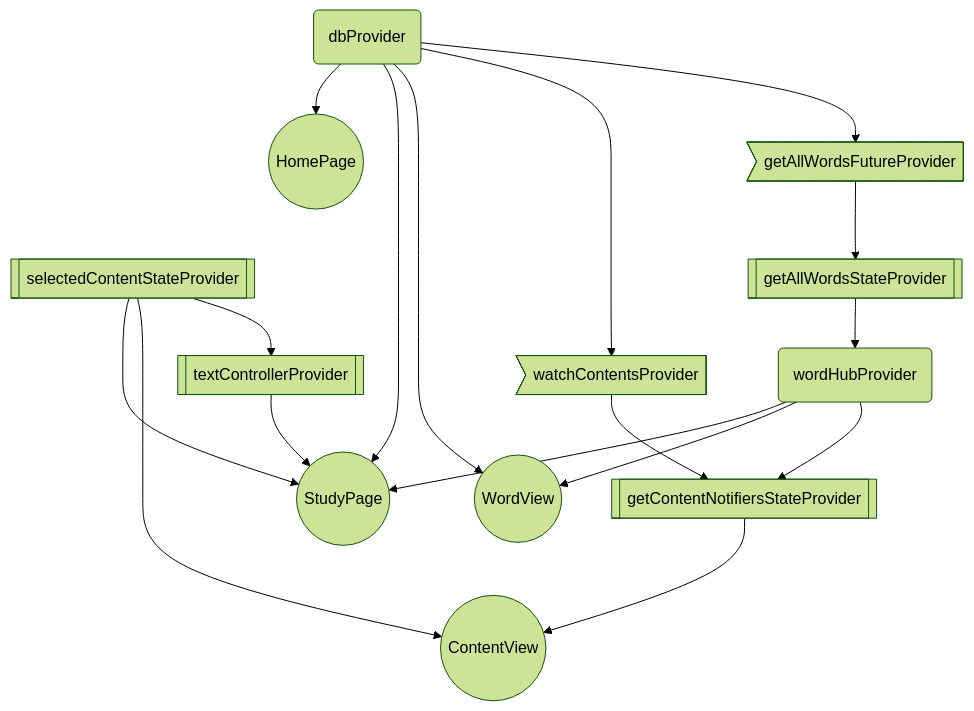
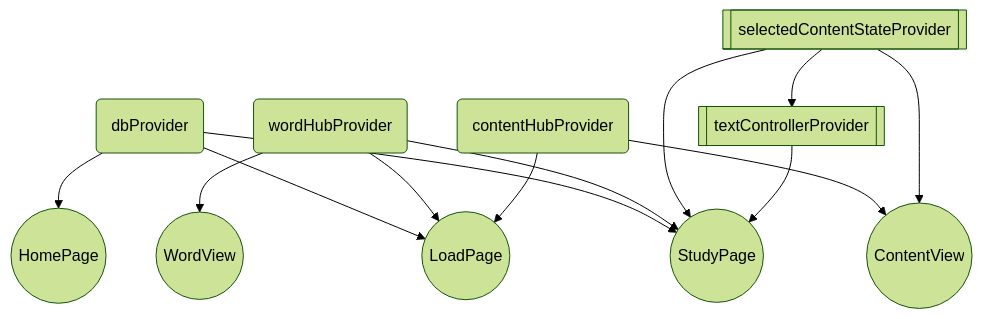
Before and after one commit to hpn33/landlearn: the diagram in riverpod_diagram.md, drawn with Mermaid (forest theme). The commit also changed 11 other files, not shown here.

````diff
--- a/riverpod_diagram.md
+++ b/riverpod_diagram.md
@@ -2,37 +2,30 @@
 ```mermaid
 graph TD;
 
 
-10(dbProvider) --> 2((HomePage)) ;
+
+9(dbProvider) --> 3((HomePage)) ;
+
+9(dbProvider) --> 4((StudyPage)) ;
+10(wordHubProvider) --> 4((StudyPage)) ;
+12[[selectedContentStateProvider]] --> 4((StudyPage)) ;
+13[[textControllerProvider]] --> 4((StudyPage)) ;
 
 
-9(wordHubProvider) --> 4((StudyPage)) ;
-10(dbProvider) --> 4((StudyPage)) ;
-11[[selectedContentStateProvider]] --> 4((StudyPage)) ;
-12[[textControllerProvider]] --> 4((StudyPage)) ;
+9(dbProvider) --> 6((LoadPage)) ;
+10(wordHubProvider) --> 6((LoadPage)) ;
+11(contentHubProvider) --> 6((LoadPage)) ;
+
+10(wordHubProvider) --> 7((WordView)) ;
+
+11(contentHubProvider) --> 8((ContentView)) ;
+12[[selectedContentStateProvider]] --> 8((ContentView)) ;
 
 
 
-9(wordHubProvider) --> 7((WordView)) ;
-10(dbProvider) --> 7((WordView)) ;
-
-11[[selectedContentStateProvider]] --> 8((ContentView)) ;
-14[[getContentNotifiersStateProvider]] --> 8((ContentView)) ;
-
-16[[getAllWordsStateProvider]] --> 9(wordHubProvider) ;
 
 
-
-11[[selectedContentStateProvider]] --> 12[[textControllerProvider]] ;
-
-10(dbProvider) --> 13>watchContentsProvider] ;
-
-9(wordHubProvider) --> 14[[getContentNotifiersStateProvider]] ;
-13>watchContentsProvider] --> 14[[getContentNotifiersStateProvider]] ;
-
-10(dbProvider) --> 15>getAllWordsFutureProvider] ;
-
-15>getAllWordsFutureProvider] --> 16[[getAllWordsStateProvider]] ;
+12[[selectedContentStateProvider]] --> 13[[textControllerProvider]] ;
 
 
 ```
````
